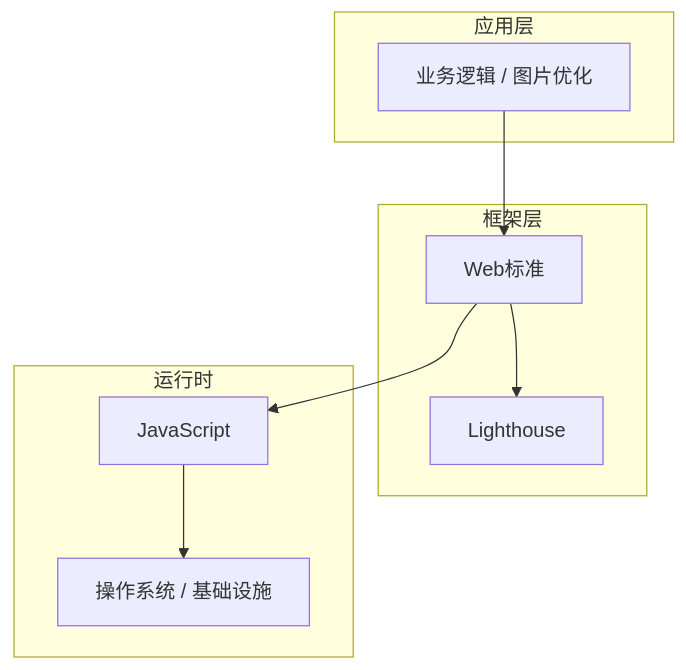
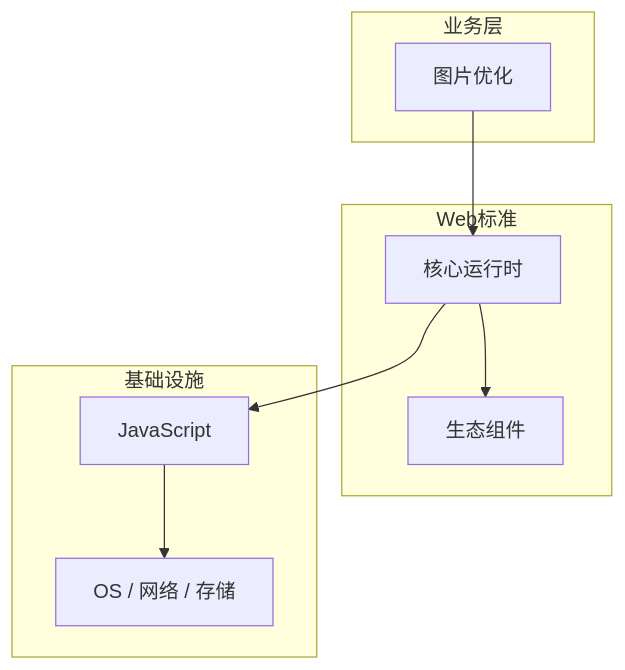
Before and after one commit to yanggan2015/knowledge-json-v2: the diagram in articles/Web性能优化/chapters/031-图片优化核心概念与原理.md, drawn with Mermaid. The commit also changed other lines of this file and 10127 other files, not shown here.

````diff
--- a/articles/Web性能优化/chapters/031-图片优化核心概念与原理.md
+++ b/articles/Web性能优化/chapters/031-图片优化核心概念与原理.md
@@ -45,18 +34,18 @@
 ```mermaid
 graph TB
-    subgraph 应用层
-        A[业务逻辑 / 图片优化]
+    subgraph 业务层
+        A[图片优化]
     end
-    subgraph 框架层
-        B[Web标准]
-        C[Lighthouse]
+    subgraph Web标准
+        B[核心运行时]
+        C[生态组件]
     end
-    subgraph 运行时
+    subgraph 基础设施
         D[JavaScript]
-        E[操作系统 / 基础设施]
+        E[OS / 网络 / 存储]
     end
     A --> B
     B --> C
     B --> D
     D --> E
 ```
````
